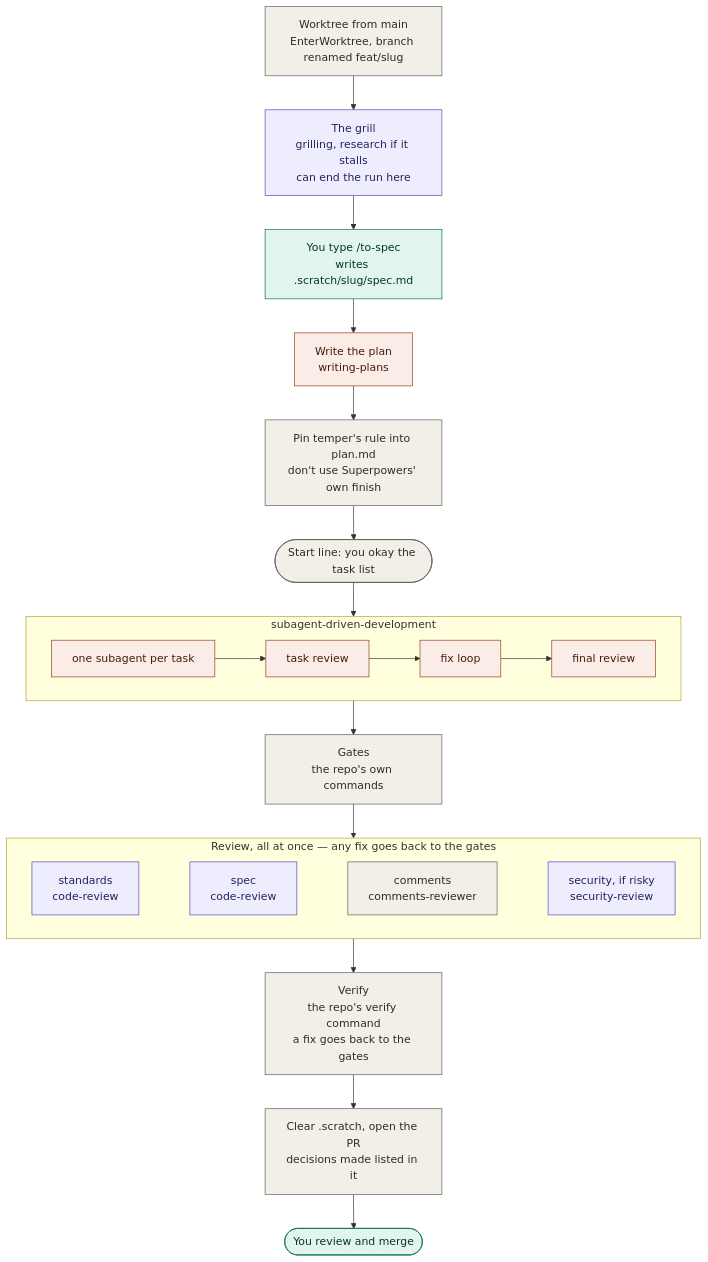
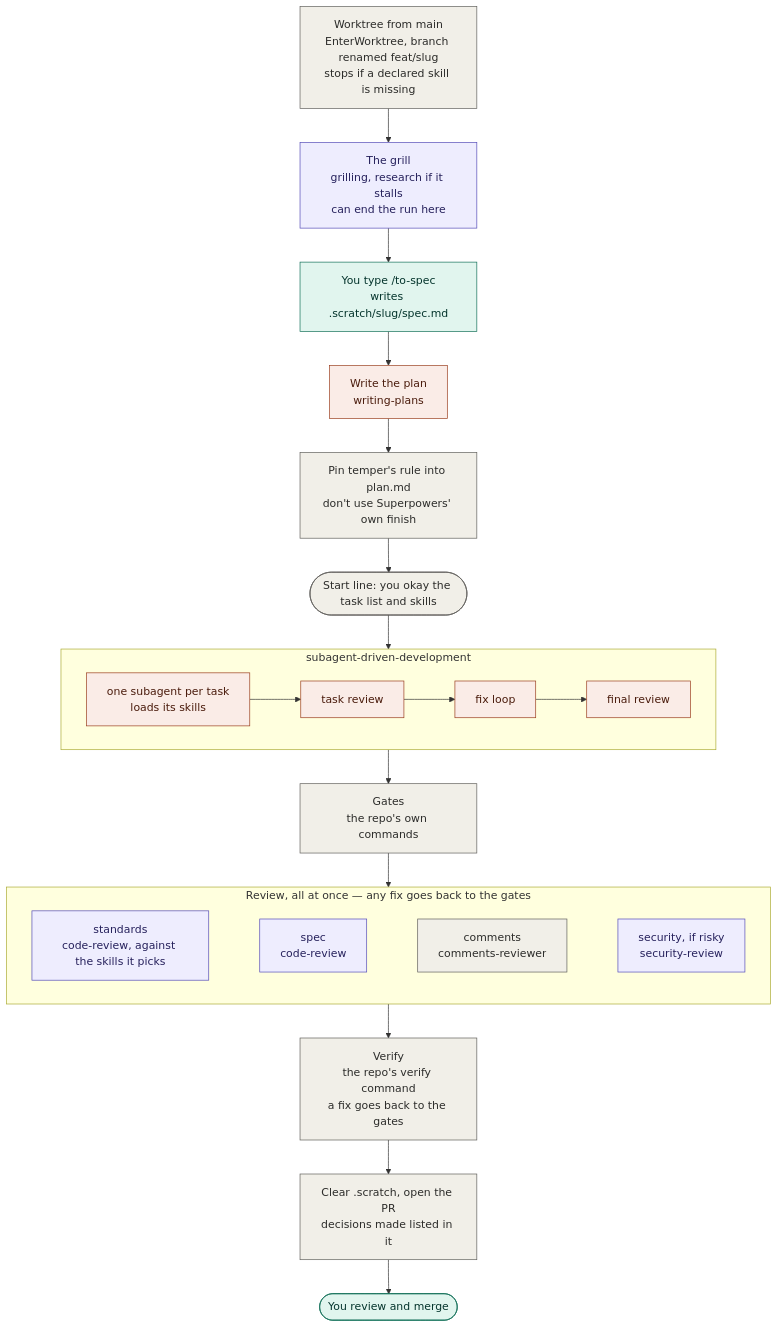
One commit to junayed711/temper changed the first of 6 diagrams in README.md. Above: the diagram before and after it, drawn with Mermaid. The commit also changed other lines of this file, not shown here.

Commit message:
show skill routing in the readme workflow diagrams

````diff
--- a/README.md
+++ b/README.md
@@ -354,36 +354,36 @@
 ```mermaid
 flowchart TD
-    wt["Worktree from main<br/>EnterWorktree, branch renamed feat/slug"]:::temper
+    wt["Worktree from main<br/>EnterWorktree, branch renamed feat/slug<br/>stops if a declared skill is missing"]:::temper
     grill["The grill<br/>grilling, research if it stalls<br/>can end the run here"]:::matt
     spec["You type /to-spec<br/>writes .scratch/slug/spec.md"]:::you
     plan["Write the plan<br/>writing-plans"]:::sp
     pin["Pin temper's rule into plan.md<br/>don't use Superpowers' own finish"]:::temper
-    go(["Start line: you okay the task list"]):::temper
+    go(["Start line: you okay the task list and skills"]):::temper
 
     subgraph build["subagent-driven-development"]
         direction LR
-        b1["one subagent per task"]:::sp --> b2["task review"]:::sp --> b3["fix loop"]:::sp --> b4["final review"]:::sp
+        b1["one subagent per task<br/>loads its skills"]:::sp --> b2["task review"]:::sp --> b3["fix loop"]:::sp --> b4["final review"]:::sp
     end
 
     gates["Gates<br/>the repo's own commands"]:::temper
 
     subgraph panel["Review, all at once — any fix goes back to the gates"]
         direction LR
-        r1["standards<br/>code-review"]:::matt
+        r1["standards<br/>code-review, against the skills it picks"]:::matt
         r2["spec<br/>code-review"]:::matt
         r3["comments<br/>comments-reviewer"]:::temper
         r4["security, if risky<br/>security-review"]:::matt
         r1 ~~~ r2 ~~~ r3 ~~~ r4
     end
 
     verify["Verify<br/>the repo's verify command<br/>a fix goes back to the gates"]:::temper
     pr["Clear .scratch, open the PR<br/>decisions made listed in it"]:::temper
     merge(["You review and merge"]):::you
 
     wt --> grill --> spec --> plan --> pin --> go --> build --> gates --> panel --> verify --> pr --> merge
 
     classDef matt fill:#EEEDFE,stroke:#534AB7,color:#26215C
     classDef sp fill:#FAECE7,stroke:#993C1D,color:#4A1B0C
     classDef you fill:#E1F5EE,stroke:#0F6E56,color:#04342C
     classDef temper fill:#F1EFE8,stroke:#5F5E5A,color:#2C2C2A
 ```
````
